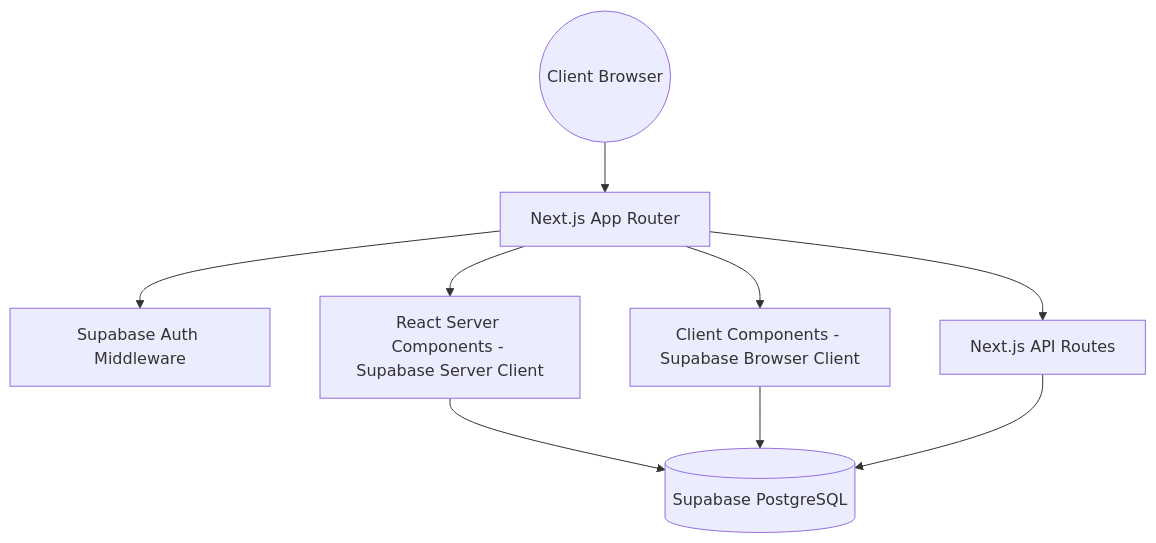
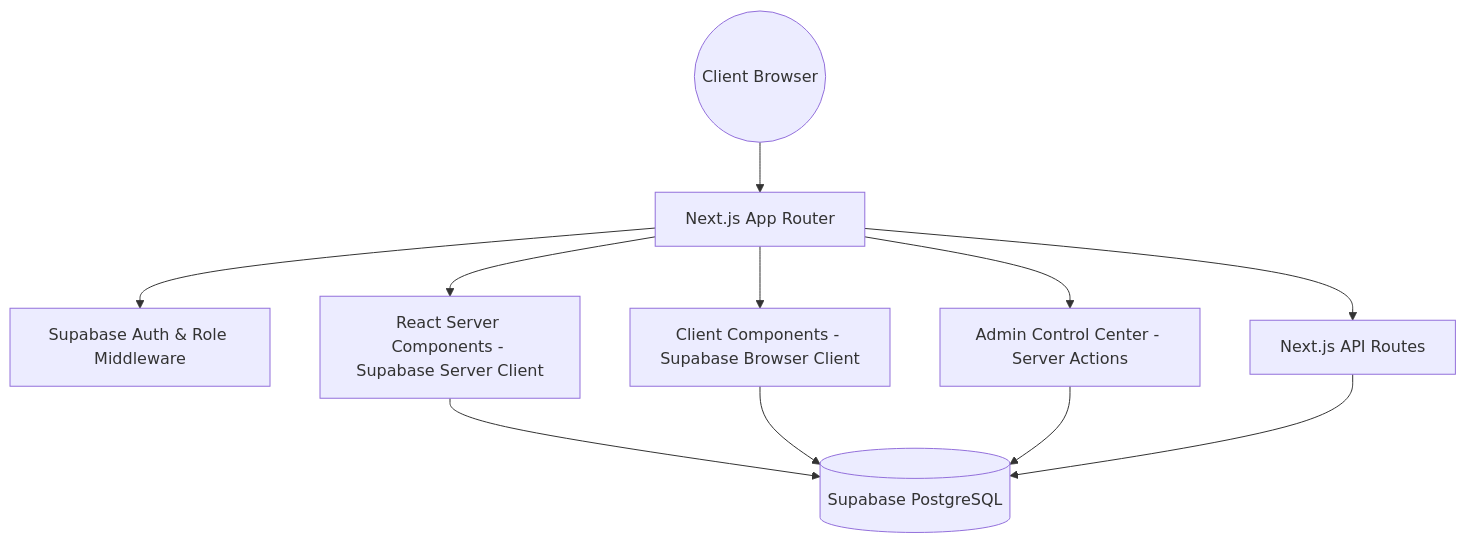
Before and after one commit to SurinderSing/PORTFOLIO-NEXT: the diagram in docs/TRD.md, drawn with Mermaid. The commit also changed other lines of this file and 50 other files, not shown here.

````diff
--- a/docs/TRD.md
+++ b/docs/TRD.md
@@ -6,11 +6,13 @@
 ```mermaid
 graph TD
   User((Client Browser)) --> NextJS[Next.js App Router]
-  NextJS --> Middleware[Supabase Auth Middleware]
+  NextJS --> Middleware[Supabase Auth & Role Middleware]
   NextJS --> RSC[React Server Components - Supabase Server Client]
   NextJS --> CC[Client Components - Supabase Browser Client]
+  NextJS --> Admin[Admin Control Center - Server Actions]
   NextJS --> API[Next.js API Routes]
   RSC --> Supabase[(Supabase PostgreSQL)]
   CC --> Supabase
+  Admin --> Supabase
   API --> Supabase
 ```
````
